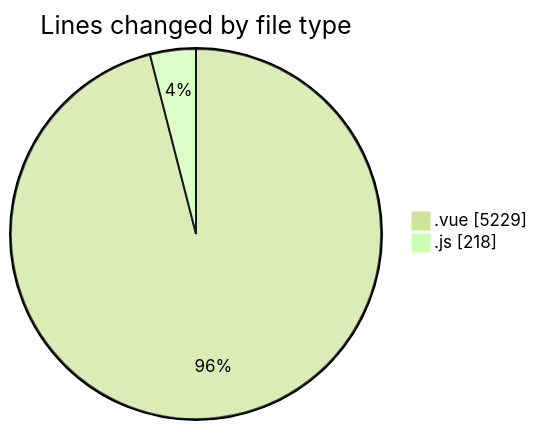
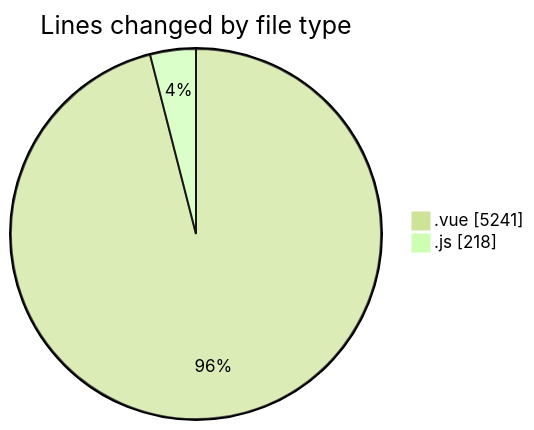
The first of 2 diagrams in 2025-08-14/rentotp/README.md (lephambinh05/code-tracking), drawn with Mermaid (forest theme) before and after one commit. The commit also changed other lines of this file and 1 other file, not shown here.

````diff
--- a/2025-08-14/rentotp/README.md
+++ b/2025-08-14/rentotp/README.md
@@ -24,6 +24,6 @@
 ```mermaid
 pie showData
 title Lines changed by file type
-".vue" : 5229
+".vue" : 5241
 ".js" : 218
 ```
````
